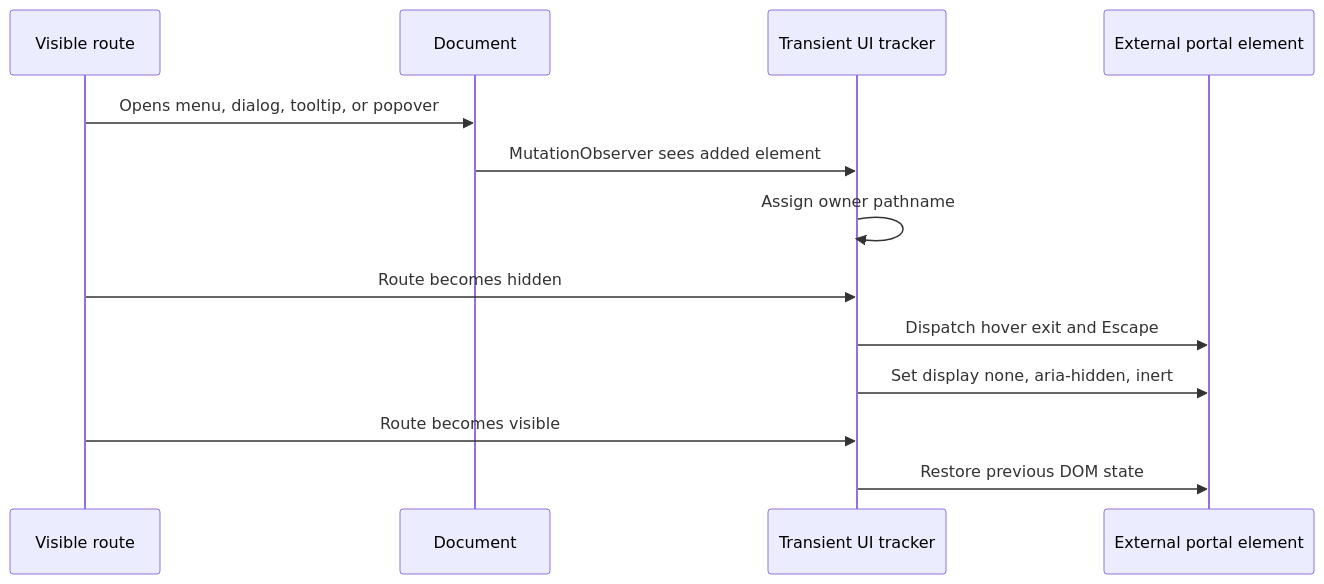
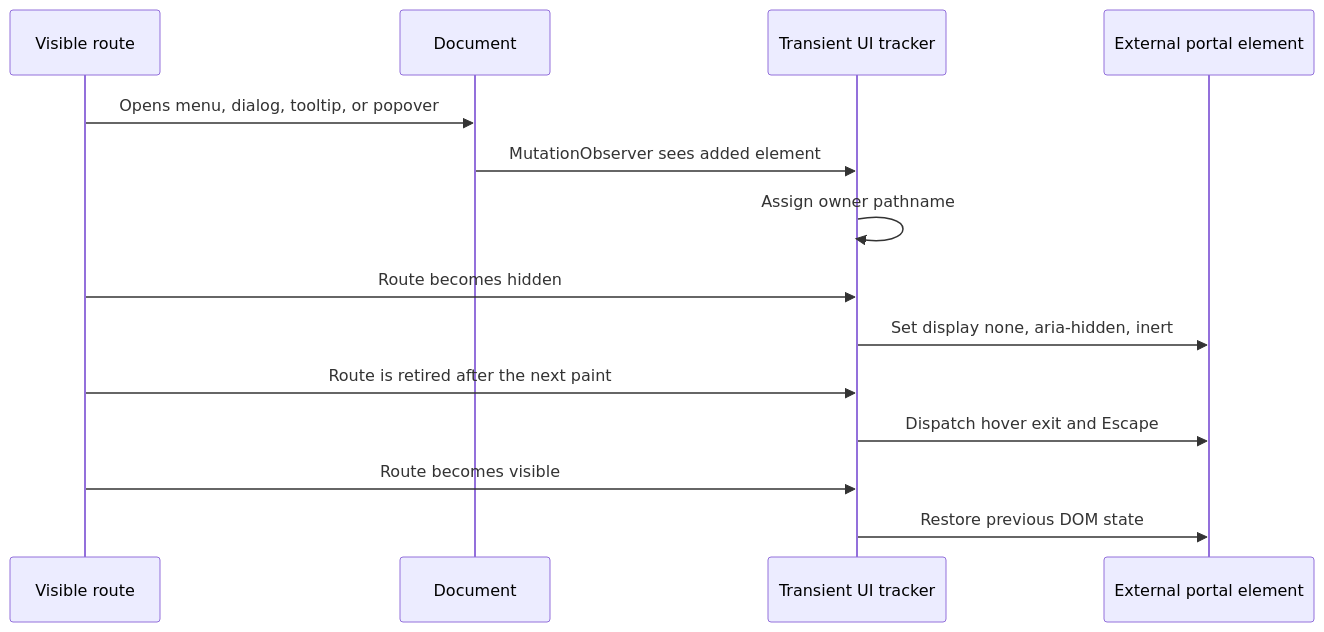
One commit to santiago-ramos-02/tanstack-router-cache changed the tenth of 16 diagrams in docs/architecture.md. Above: the diagram before and after it, drawn with Mermaid. The commit also changed other lines of this file and 10 other files, not shown here.

````diff
--- a/docs/architecture.md
+++ b/docs/architecture.md
@@ -315,16 +339,17 @@
 ```mermaid
 sequenceDiagram
   participant Route as Visible route
   participant DOM as Document
   participant Tracker as Transient UI tracker
   participant Portal as External portal element
 
   Route->>DOM: Opens menu, dialog, tooltip, or popover
   DOM->>Tracker: MutationObserver sees added element
   Tracker->>Tracker: Assign owner pathname
   Route->>Tracker: Route becomes hidden
+  Tracker->>Portal: Set display none, aria-hidden, inert
+  Route->>Tracker: Route is retired after the next paint
   Tracker->>Portal: Dispatch hover exit and Escape
-  Tracker->>Portal: Set display none, aria-hidden, inert
   Route->>Tracker: Route becomes visible
   Tracker->>Portal: Restore previous DOM state
 ```
````
